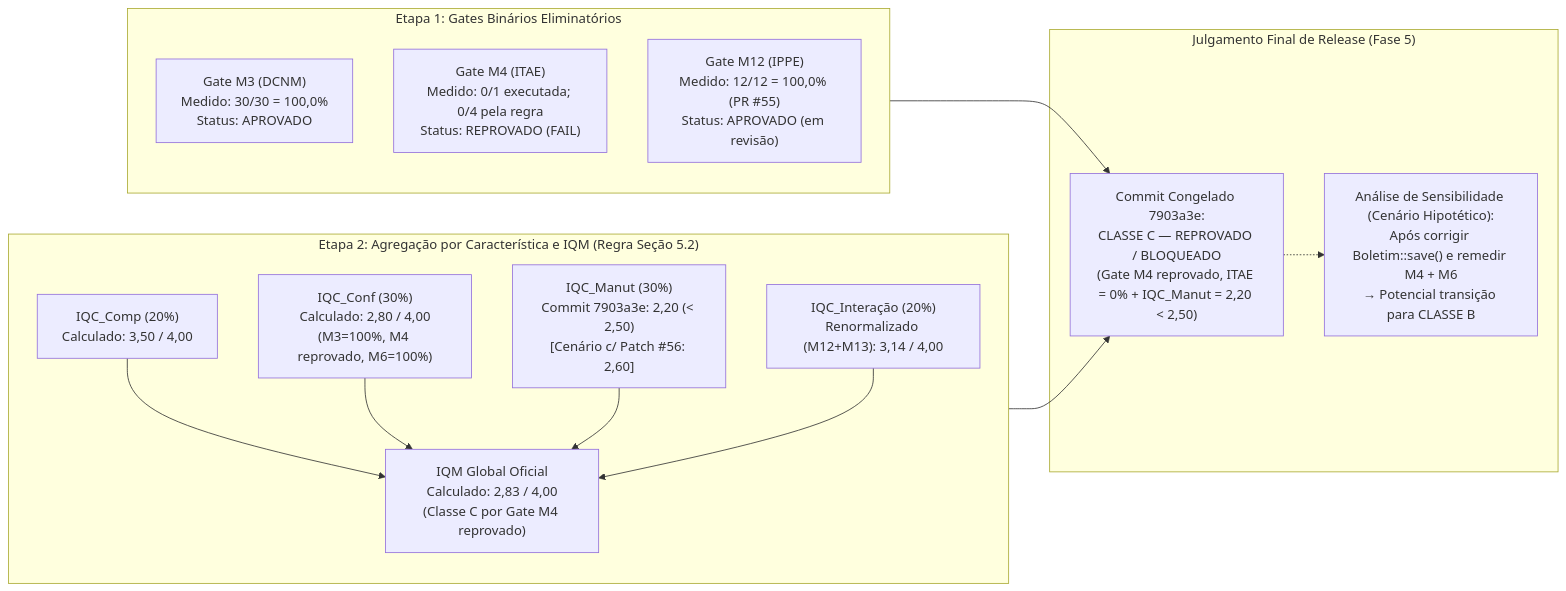
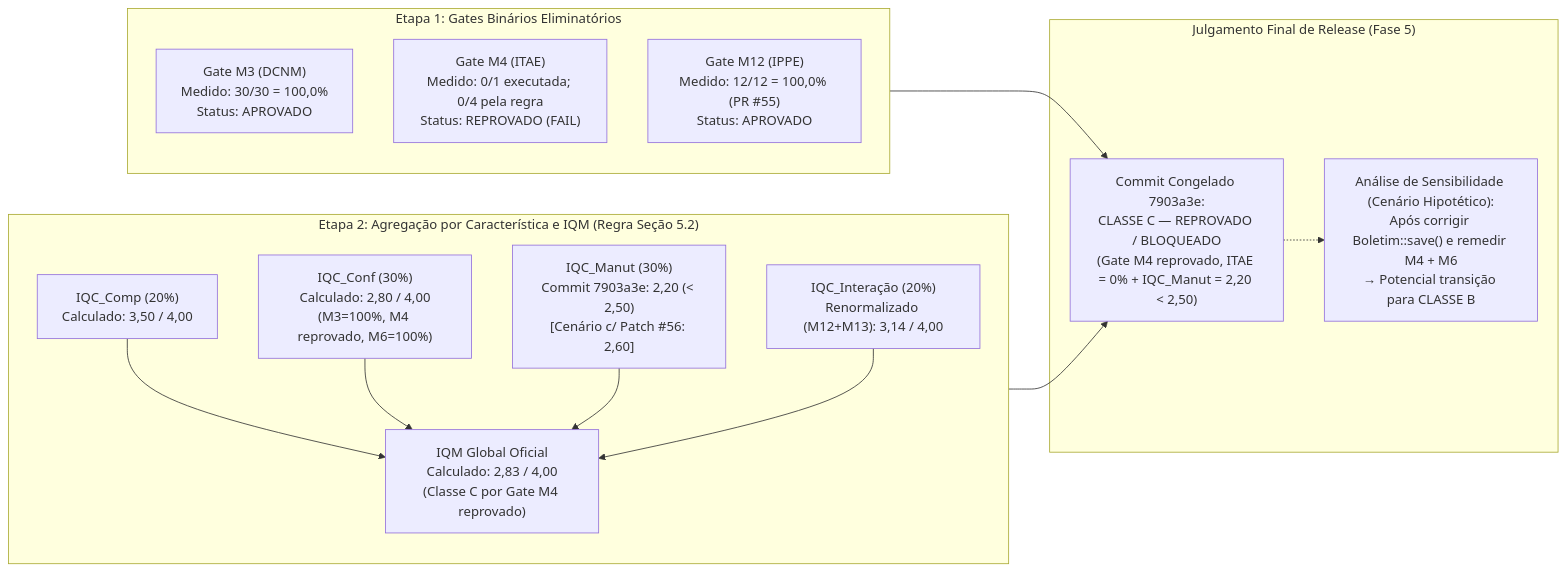
The second of 2 diagrams in docs/plano_medicao_testes.md (FCTE-Qualidade-de-Software-1/2026-2_T02_GRACE_HOPPER), drawn with Mermaid before and after one commit. The commit also changed other lines of this file, not shown here.

````diff
--- a/docs/plano_medicao_testes.md
+++ b/docs/plano_medicao_testes.md
@@ -358,26 +358,26 @@
 ```mermaid
 flowchart LR
     subgraph ETAPA1["Etapa 1: Gates Binários Eliminatórios"]
         M3_G["Gate M3 (DCNM)<br/>Medido: 30/30 = 100,0%<br/>Status: APROVADO"]
         M4_G["Gate M4 (ITAE)<br/>Medido: 0/1 executada; 0/4 pela regra<br/>Status: REPROVADO (FAIL)"]
-        M12_G["Gate M12 (IPPE)<br/>Medido: 12/12 = 100,0% (PR #55)<br/>Status: APROVADO (em revisão)"]
+        M12_G["Gate M12 (IPPE)<br/>Medido: 12/12 = 100,0% (PR #55)<br/>Status: APROVADO"]
     end
 
     subgraph ETAPA2["Etapa 2: Agregação por Característica e IQM (Regra Seção 5.2)"]
         IQC1["IQC_Comp (20%)<br/>Calculado: 3,50 / 4,00"]
         IQC2["IQC_Conf (30%)<br/>Calculado: 2,80 / 4,00<br/>(M3=100%, M4 reprovado, M6=100%)"]
         IQC3["IQC_Manut (30%)<br/>Commit 7903a3e: 2,20 (&lt; 2,50)<br/>[Cenário c/ Patch #56: 2,60]"]
         IQC4["IQC_Interação (20%)<br/>Renormalizado (M12+M13): 3,14 / 4,00"]
         IQM_BOX["IQM Global Oficial<br/>Calculado: 2,83 / 4,00<br/>(Classe C por Gate M4 reprovado)"]
         IQC1 & IQC2 & IQC3 & IQC4 --> IQM_BOX
     end
 
     subgraph DECISAO["Julgamento Final de Release (Fase 5)"]
         VEREDITO["Commit Congelado 7903a3e:<br/>CLASSE C — REPROVADO / BLOQUEADO<br/>(Gate M4 reprovado, ITAE = 0% + IQC_Manut = 2,20 &lt; 2,50)"]
         CENARIO["Análise de Sensibilidade (Cenário Hipotético):<br/>Após corrigir Boletim::save() e remedir M4 + M6<br/>→ Potencial transição para CLASSE B"]
         VEREDITO -.-> CENARIO
     end
 
     ETAPA1 --> VEREDITO
     ETAPA2 --> VEREDITO
 ```
````
